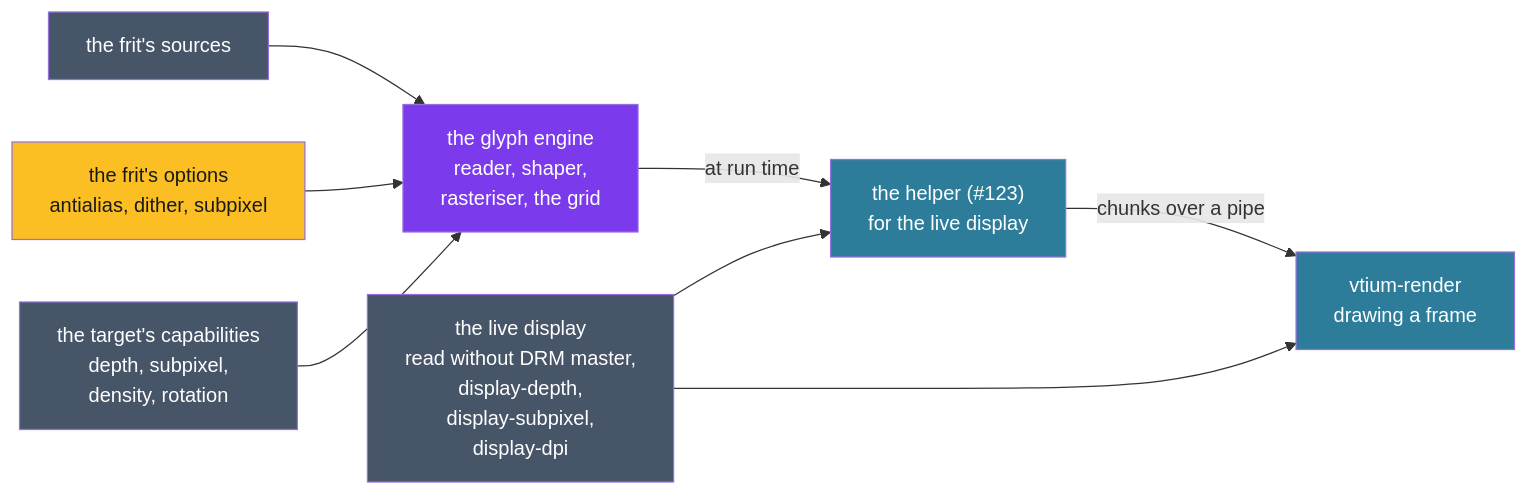
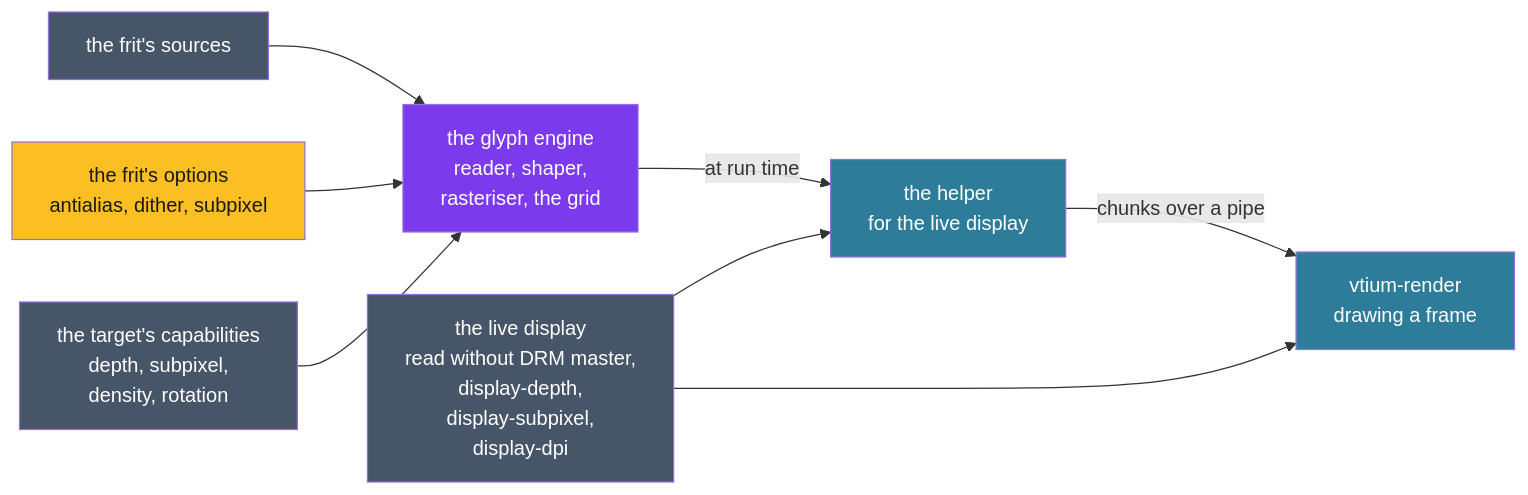
One commit to vtium/vtium changed the diagram in docs/architecture/render/ADR-1301-one-glyph-engine-draws-at-run-time-for-the-display-s-capabilities.md. Above: the diagram before and after it, drawn with Mermaid. The commit also changed other lines of this file, not shown here.

````diff
--- a/docs/architecture/render/ADR-1301-one-glyph-engine-draws-at-run-time-for-the-display-s-capabilities.md
+++ b/docs/architecture/render/ADR-1301-one-glyph-engine-draws-at-run-time-for-the-display-s-capabilities.md
@@ -191,18 +191,18 @@
 ```mermaid
 flowchart LR
     SRC["the frit's sources"] --> E
     OPT["the frit's options<br>antialias, dither, subpixel"] --> E
     CAP["the target's capabilities<br>depth, subpixel,<br>density, rotation"] --> E
     E["the glyph engine<br>reader, shaper,<br>rasteriser, the grid"]
-    E -->|"at run time"| H["the helper (#123)<br>for the live display"]
+    E -->|"at run time"| H["the helper<br>for the live display"]
     H -->|"chunks over a pipe"| R["vtium-render<br>drawing a frame"]
     D["the live display<br>read without DRM master,<br>display-depth,<br>display-subpixel,<br>display-dpi"] --> R
     D --> H
     style SRC fill:#475569,color:#ffffff
     style OPT fill:#fbbf24,color:#1a1a1a
     style CAP fill:#475569,color:#ffffff
     style E fill:#7c3aed,color:#ffffff
     style H fill:#2d7d9a,color:#ffffff
     style R fill:#2d7d9a,color:#ffffff
     style D fill:#475569,color:#ffffff
 ```
````
